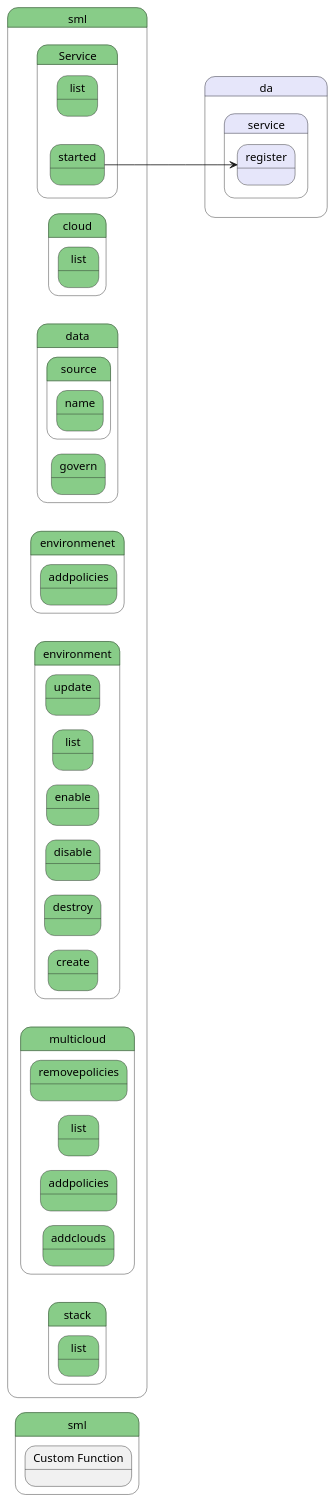
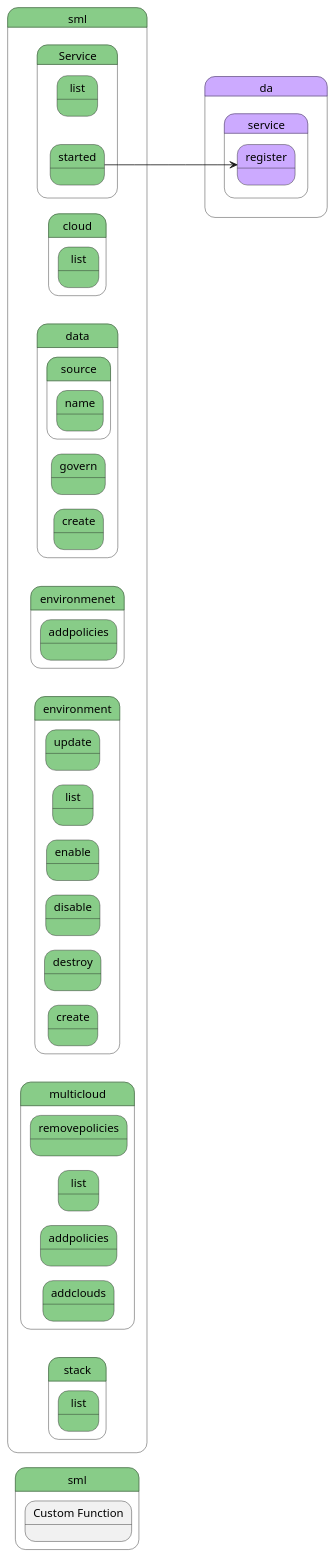
Before and after one commit to madajaju/edgemere: the diagram in docs/edgemere/sml/process.puml, drawn with PlantUML. The commit also changed 148 other files, not shown here.

```diff
--- a/docs/edgemere/sml/process.puml
+++ b/docs/edgemere/sml/process.puml
@@ -1,164 +1,172 @@
 @startuml
 left to right direction
 
 
 state "sml" as sml #88cc88 {
 }
 
 
 state "sml" as pstatename #88cc88 {
     state "Custom Function" as smlfunction {
     }
 }
 
         state "sml" as sml #88cc88 {
 state "cloud" as smlcloud #88cc88 {
 state "list" as smlcloudlist #88cc88 {
+}
+}
+}
+
+
+        state "sml" as sml #88cc88 {
+state "data" as smldata #88cc88 {
+state "create" as smldatacreate #88cc88 {
 }
 }
 }
 
 
         state "sml" as sml #88cc88 {
 state "data" as smldata #88cc88 {
 state "govern" as smldatagovern #88cc88 {
 }
 }
 }
 
 
         state "sml" as sml #88cc88 {
 state "data" as smldata #88cc88 {
 state "source" as smldatasource #88cc88 {
 state "name" as smldatasourcename #88cc88 {
 }
 }
 }
 }
 
 
         state "sml" as sml #88cc88 {
 state "environmenet" as smlenvironmenet #88cc88 {
 state "addpolicies" as smlenvironmenetaddpolicies #88cc88 {
 }
 }
 }
 
 
         state "sml" as sml #88cc88 {
 state "environment" as smlenvironment #88cc88 {
 state "create" as smlenvironmentcreate #88cc88 {
 }
 }
 }
 
 
         state "sml" as sml #88cc88 {
 state "environment" as smlenvironment #88cc88 {
 state "destroy" as smlenvironmentdestroy #88cc88 {
 }
 }
 }
 
 
         state "sml" as sml #88cc88 {
 state "environment" as smlenvironment #88cc88 {
 state "disable" as smlenvironmentdisable #88cc88 {
 }
 }
 }
 
 
         state "sml" as sml #88cc88 {
 state "environment" as smlenvironment #88cc88 {
 state "enable" as smlenvironmentenable #88cc88 {
 }
 }
 }
 
 
         state "sml" as sml #88cc88 {
 state "environment" as smlenvironment #88cc88 {
 state "list" as smlenvironmentlist #88cc88 {
 }
 }
 }
 
 
         state "sml" as sml #88cc88 {
 state "environment" as smlenvironment #88cc88 {
 state "update" as smlenvironmentupdate #88cc88 {
 }
 }
 }
 
 
         state "sml" as sml #88cc88 {
 state "multicloud" as smlmulticloud #88cc88 {
 state "addclouds" as smlmulticloudaddclouds #88cc88 {
 }
 }
 }
 
 
         state "sml" as sml #88cc88 {
 state "multicloud" as smlmulticloud #88cc88 {
 state "addpolicies" as smlmulticloudaddpolicies #88cc88 {
 }
 }
 }
 
 
         state "sml" as sml #88cc88 {
 state "multicloud" as smlmulticloud #88cc88 {
 state "list" as smlmulticloudlist #88cc88 {
 }
 }
 }
 
 
         state "sml" as sml #88cc88 {
 state "multicloud" as smlmulticloud #88cc88 {
 state "removepolicies" as smlmulticloudremovepolicies #88cc88 {
 }
 }
 }
 
 
         state "sml" as sml #88cc88 {
 state "service" as smlservice #88cc88 {
 state "list" as smlservicelist #88cc88 {
 }
 }
 }
 
 
         state "sml" as sml #88cc88 {
 state "stack" as smlstack #88cc88 {
 state "list" as smlstacklist #88cc88 {
 }
 }
 }
 
 
 
 
 
     state "sml" as sml #88cc88 {
 state "Service" as smlservice #88cc88 {
 state "started" as smlservicestarted #88cc88 {
 }
 }
 }
 
-    state "da" as da #lavender {
-state "service" as daservice #lavender {
-state "register" as daserviceregister #lavender {
+    state "da" as da #ccaaff {
+state "service" as daservice #ccaaff {
+state "register" as daserviceregister #ccaaff {
 }
 }
 }
 
         smlservicestarted ---> daserviceregister
        
 
 @enduml
```
